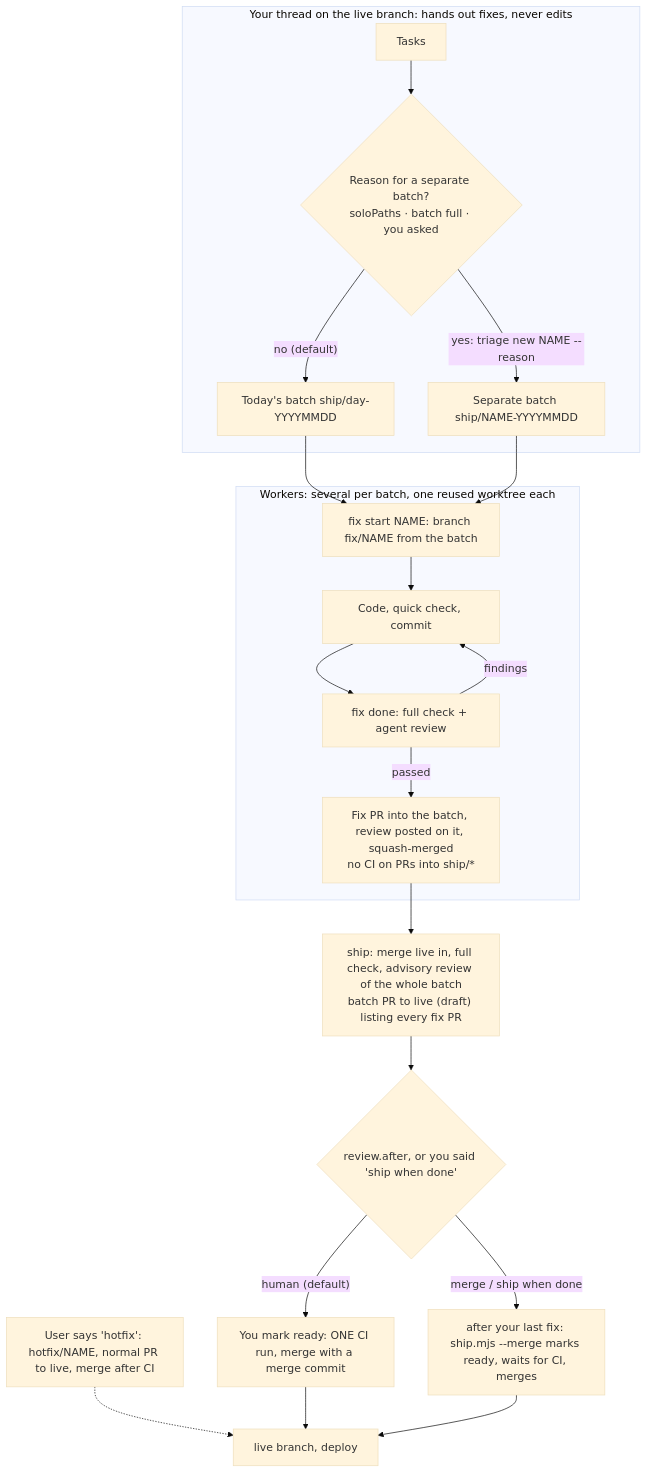
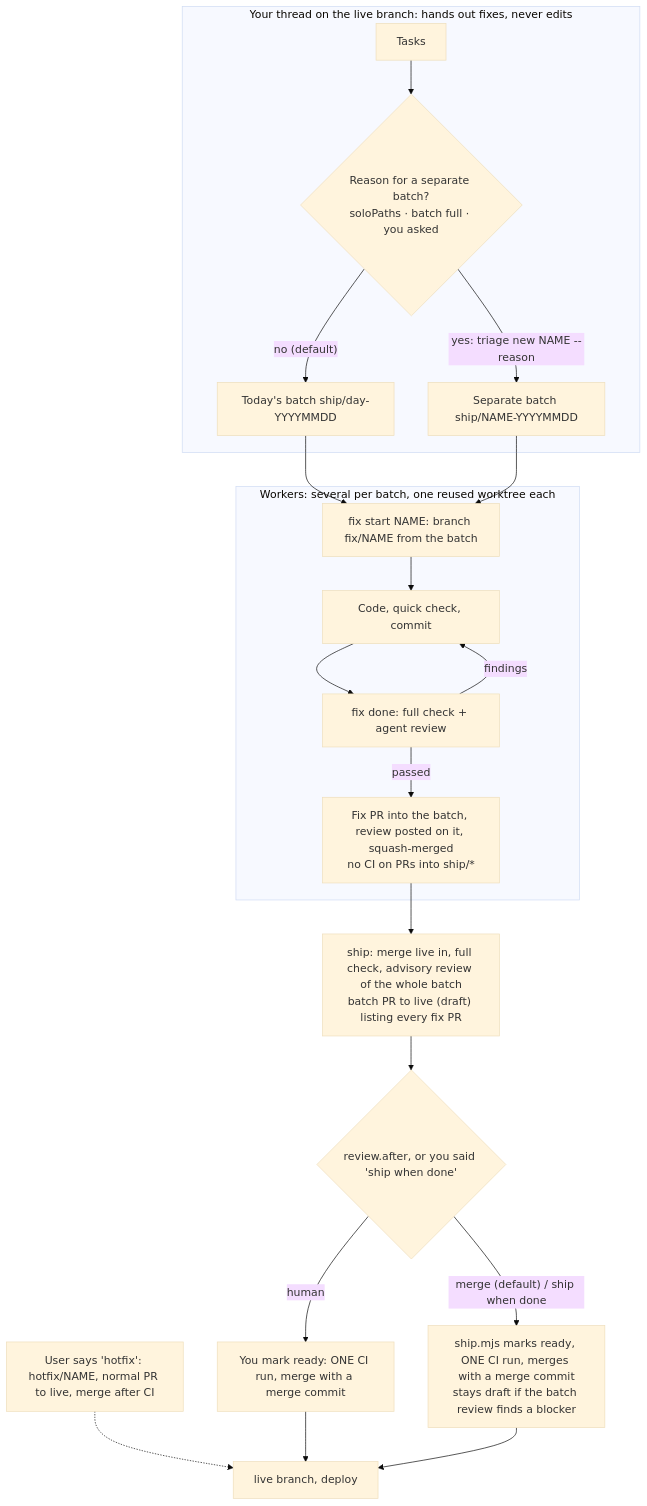
Before and after one commit to klovr-co/batchship: the diagram in README.md, drawn with Mermaid (base theme). The commit also changed other lines of this file and 8 other files, not shown here.

First line of the commit message:
Batch PRs merge by default once CI passes: every fix already passed its agent review

````diff
--- a/README.md
+++ b/README.md
@@ -33,23 +33,23 @@
 ```mermaid
 flowchart TD
     subgraph HOME["Your thread on the live branch: hands out fixes, never edits"]
         T["Tasks"] --> R{"Reason for a separate batch?<br/>soloPaths · batch full · you asked"}
         R -- "no (default)" --> TB["Today's batch ship/day-YYYYMMDD"]
         R -- "yes: triage new NAME --reason" --> SB["Separate batch ship/NAME-YYYYMMDD"]
     end
     TB --> FS
     SB --> FS
     subgraph W["Workers: several per batch, one reused worktree each"]
         FS["fix start NAME: branch fix/NAME from the batch"] --> C["Code, quick check, commit"]
         C --> FD["fix done: full check + agent review"]
         FD -- "findings" --> C
         FD -- "passed" --> PR["Fix PR into the batch, review posted on it, squash-merged<br/>no CI on PRs into ship/*"]
     end
     PR --> SH["ship: merge live in, full check, advisory review of the whole batch<br/>batch PR to live (draft) listing every fix PR"]
     SH --> A{"review.after, or you said 'ship when done'"}
-    A -- "human (default)" --> Y["You mark ready: ONE CI run, merge with a merge commit"]
-    A -- "merge / ship when done" --> AU["after your last fix: ship.mjs --merge marks ready, waits for CI, merges"]
+    A -- "merge (default) / ship when done" --> AU["ship.mjs marks ready, ONE CI run, merges with a merge commit<br/>stays draft if the batch review finds a blocker"]
+    A -- "human" --> Y["You mark ready: ONE CI run, merge with a merge commit"]
     HF["User says 'hotfix': hotfix/NAME, normal PR to live, merge after CI"] -.-> LIVE["live branch, deploy"]
     Y --> LIVE
     AU --> LIVE
 ```
````
